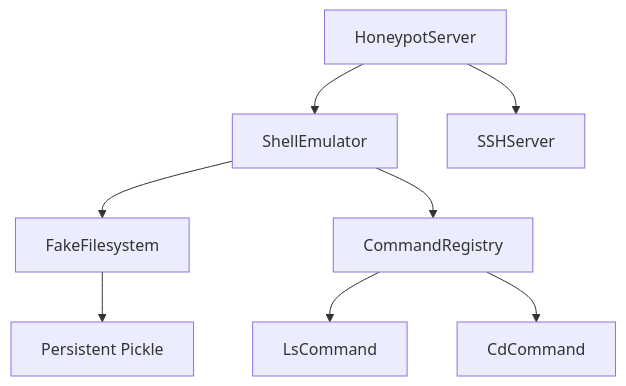
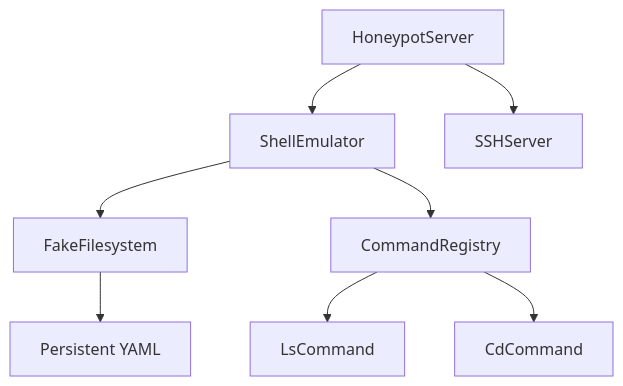
Before and after one commit to tanhiowyatt/cyanide-framework: the diagram in docs/development.md, drawn with Mermaid. The commit also changed other lines of this file and 36 other files, not shown here.

Commit message:
feat: Migrate filesystem persistence from pickle to YAML, introduce OS profiles, and update related configurations and documentation.

````diff
--- a/docs/development.md
+++ b/docs/development.md
@@ -99,10 +99,10 @@
 ```mermaid
 graph TD
     A[HoneypotServer] --> B[ShellEmulator]
     A --> C[SSHServer]
     B --> D[FakeFilesystem]
     B --> E[CommandRegistry]
     E --> F[LsCommand]
     E --> G[CdCommand]
-    D --> H[Persistent Pickle]
+    D --> H[Persistent YAML]
 ```
````
